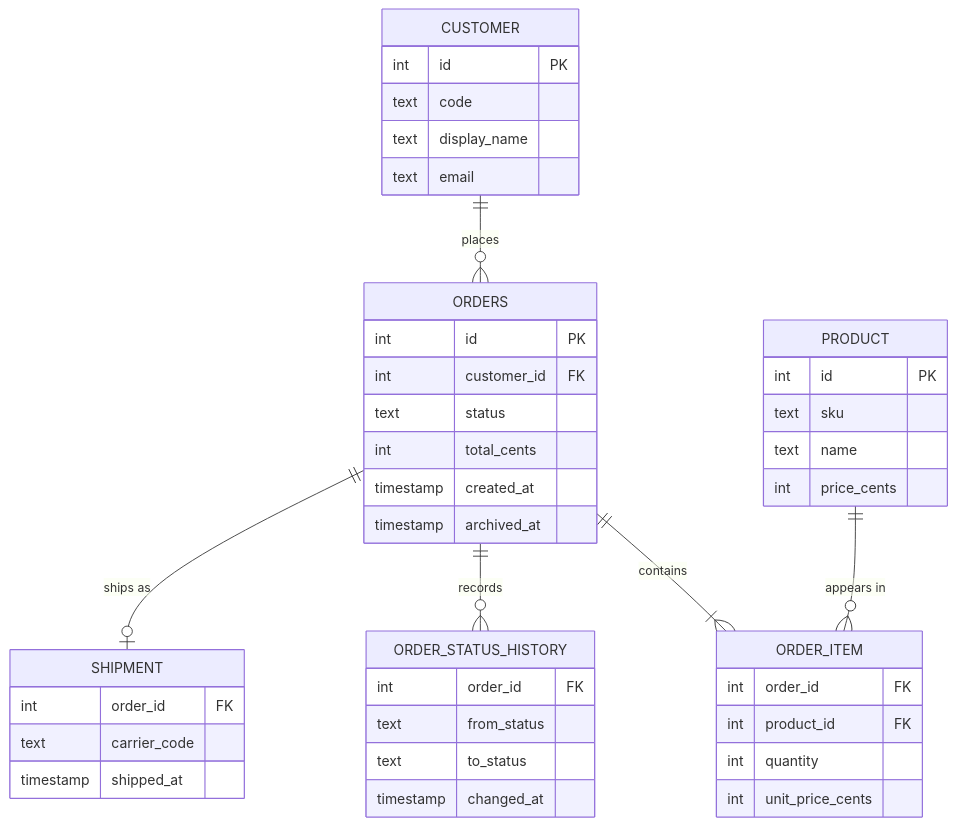
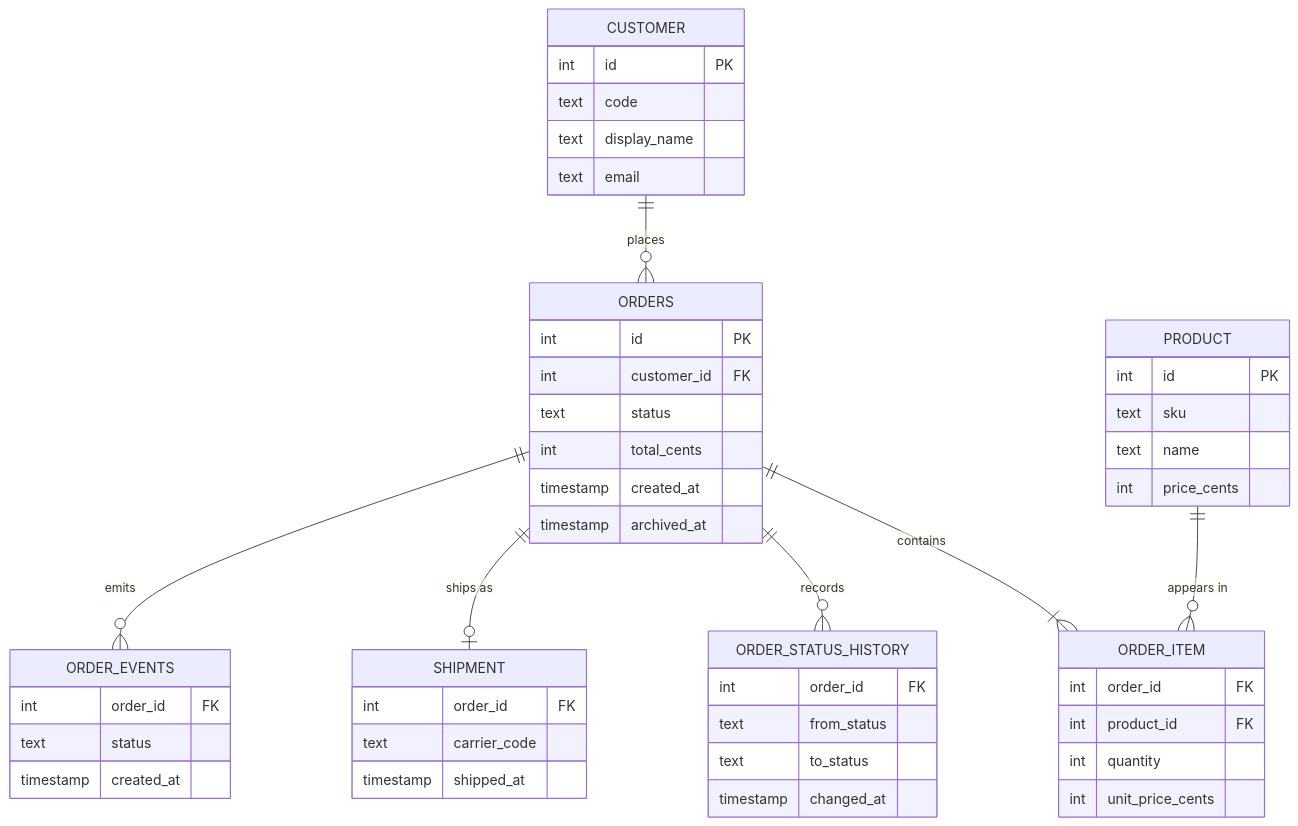
Before and after one commit to puneetsinghnanda/AI-Skill-Library: the third of 3 diagrams in docs/testing/TST-01-master-test-plan.md, drawn with Mermaid. The commit also changed other lines of this file and 92 other files, not shown here.

````diff
--- a/docs/testing/TST-01-master-test-plan.md
+++ b/docs/testing/TST-01-master-test-plan.md
@@ -302,33 +302,37 @@
 ```mermaid
 erDiagram
   CUSTOMER ||--o{ ORDERS : places
   ORDERS ||--|{ ORDER_ITEM : contains
   PRODUCT ||--o{ ORDER_ITEM : "appears in"
   ORDERS ||--o{ ORDER_STATUS_HISTORY : records
   ORDERS ||--o| SHIPMENT : "ships as"
+  ORDERS ||--o{ ORDER_EVENTS : emits
   CUSTOMER { int id PK
     text code
     text display_name
     text email }
   ORDERS { int id PK
     int customer_id FK
     text status
     int total_cents
     timestamp created_at
     timestamp archived_at }
   ORDER_ITEM { int order_id FK
     int product_id FK
     int quantity
     int unit_price_cents }
   PRODUCT { int id PK
     text sku
     text name
     int price_cents }
   ORDER_STATUS_HISTORY { int order_id FK
     text from_status
     text to_status
     timestamp changed_at }
   SHIPMENT { int order_id FK
     text carrier_code
     timestamp shipped_at }
+  ORDER_EVENTS { int order_id FK
+    text status
+    timestamp created_at }
 ```
````
